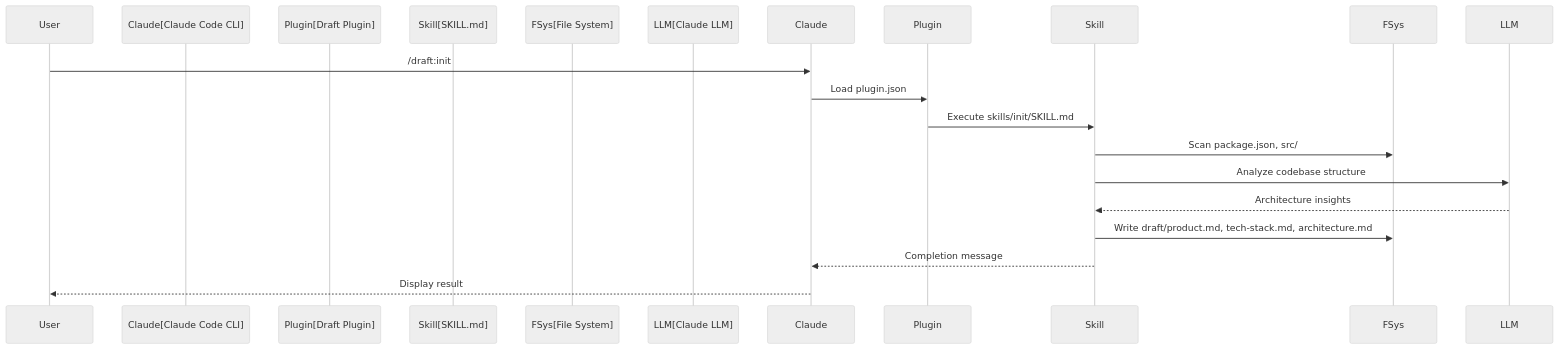
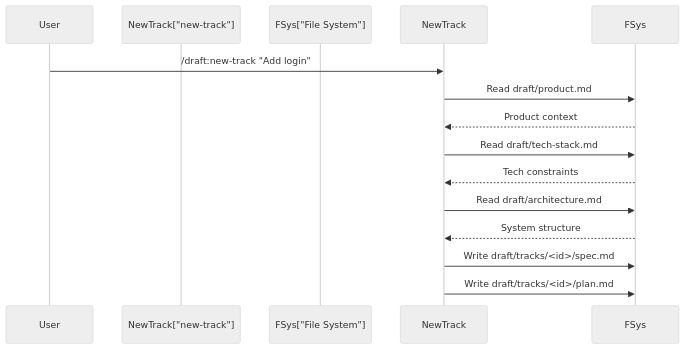
The sixth of 7 diagrams in draft/architecture.md (mayurpise/draft), drawn with Mermaid (neutral theme) before and after one commit. The commit also changed other lines of this file and 5 other files, not shown here.

First line of the commit message:
fix(new-track): add metadata.json write verification before tracks.md update

````diff
--- a/draft/architecture.md
+++ b/draft/architecture.md
@@ -84,19 +521,16 @@
 ```mermaid
 sequenceDiagram
     participant User
-    participant Claude[Claude Code CLI]
-    participant Plugin[Draft Plugin]
-    participant Skill[SKILL.md]
-    participant FSys[File System]
-    participant LLM[Claude LLM]
+    participant NewTrack["new-track"]
+    participant FSys["File System"]
 
-    User->>Claude: /draft:init
-    Claude->>Plugin: Load plugin.json
-    Plugin->>Skill: Execute skills/init/SKILL.md
-    Skill->>FSys: Scan package.json, src/
-    Skill->>LLM: Analyze codebase structure
-    LLM-->>Skill: Architecture insights
-    Skill->>FSys: Write draft/product.md, tech-stack.md, architecture.md
-    Skill-->>Claude: Completion message
-    Claude-->>User: Display result
+    User->>NewTrack: /draft:new-track "Add login"
+    NewTrack->>FSys: Read draft/product.md
+    FSys-->>NewTrack: Product context
+    NewTrack->>FSys: Read draft/tech-stack.md
+    FSys-->>NewTrack: Tech constraints
+    NewTrack->>FSys: Read draft/architecture.md
+    FSys-->>NewTrack: System structure
+    NewTrack->>FSys: Write draft/tracks/<id>/spec.md
+    NewTrack->>FSys: Write draft/tracks/<id>/plan.md
 ```
````
